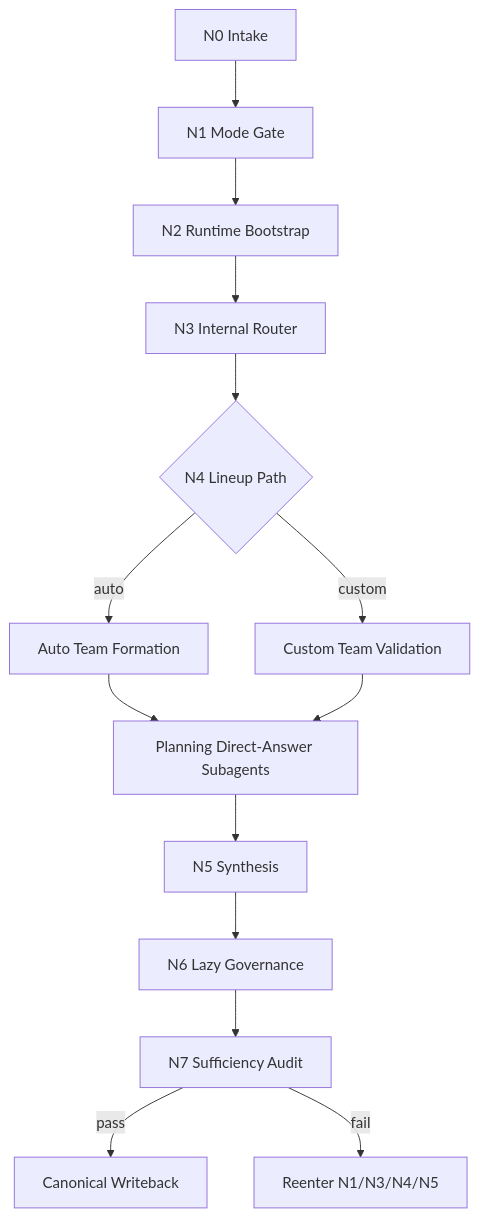
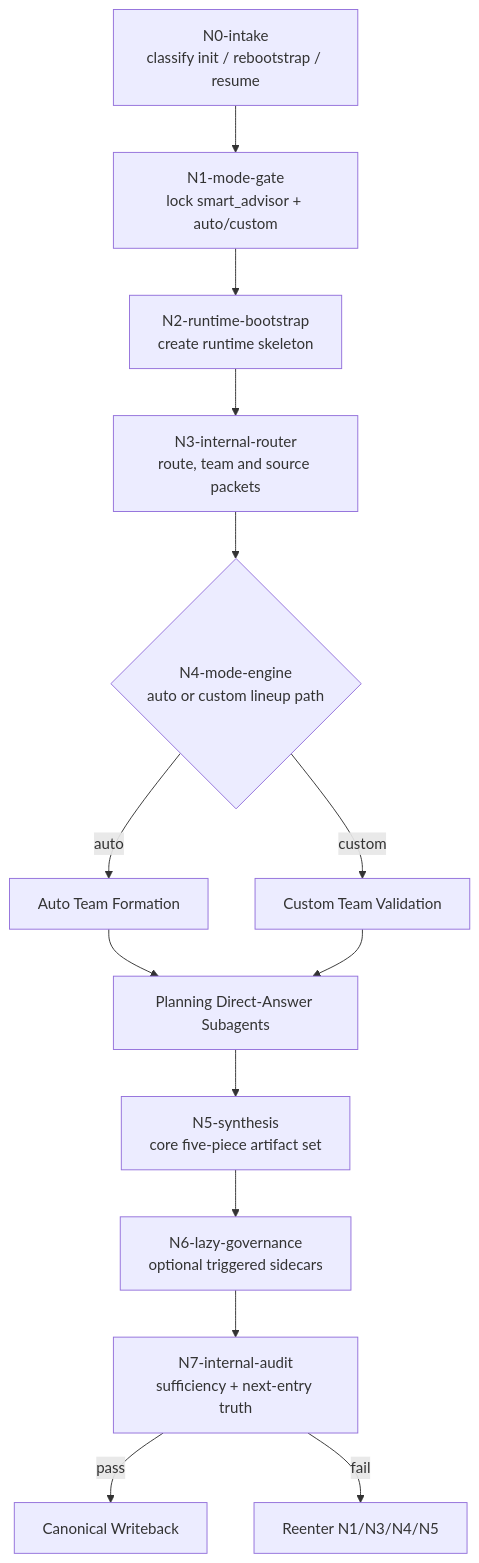
The diagram in .agents/skills/aigc/0-初始化/SKILL.md (ZEN-VOID/AI-CUT), drawn with Mermaid before and after one commit. The commit also changed 41 other files, not shown here.

````diff
--- a/.agents/skills/aigc/0-初始化/SKILL.md
+++ b/.agents/skills/aigc/0-初始化/SKILL.md
@@ -181,16 +181,16 @@
 ```mermaid
 flowchart TD
-    A["N0 Intake"] --> B["N1 Mode Gate"]
-    B --> C["N2 Runtime Bootstrap"]
-    C --> D["N3 Internal Router"]
-    D --> E{"N4 Lineup Path"}
+    A["N0-intake<br/>classify init / rebootstrap / resume"] --> B["N1-mode-gate<br/>lock smart_advisor + auto/custom"]
+    B --> C["N2-runtime-bootstrap<br/>create runtime skeleton"]
+    C --> D["N3-internal-router<br/>route, team and source packets"]
+    D --> E{"N4-mode-engine<br/>auto or custom lineup path"}
     E -->|"auto"| F["Auto Team Formation"]
     E -->|"custom"| G["Custom Team Validation"]
     F --> H["Planning Direct-Answer Subagents"]
     G --> H
-    H --> I["N5 Synthesis"]
-    I --> J["N6 Lazy Governance"]
-    J --> K["N7 Sufficiency Audit"]
+    H --> I["N5-synthesis<br/>core five-piece artifact set"]
+    I --> J["N6-lazy-governance<br/>optional triggered sidecars"]
+    J --> K["N7-internal-audit<br/>sufficiency + next-entry truth"]
     K -->|"pass"| L["Canonical Writeback"]
     K -->|"fail"| M["Reenter N1/N3/N4/N5"]
 ```
````
